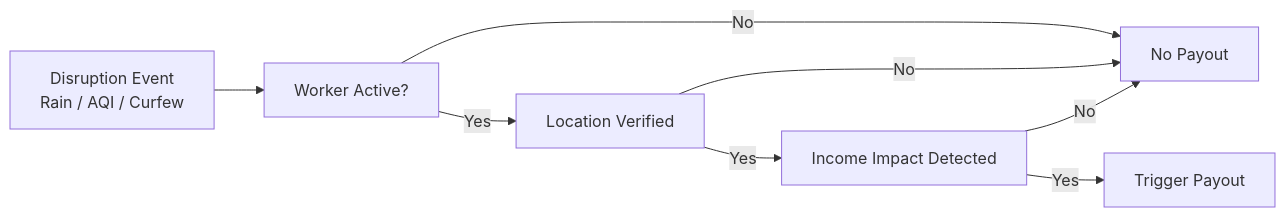
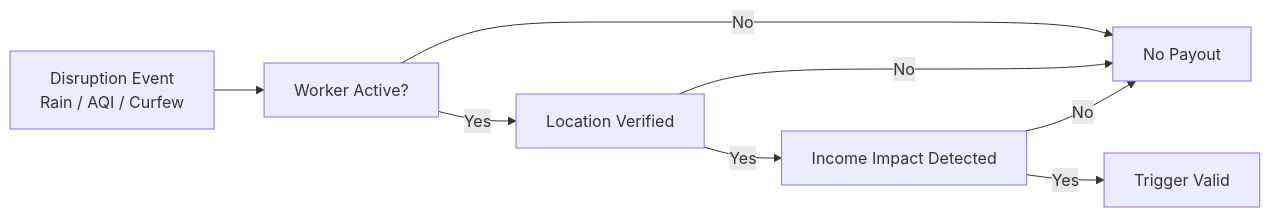
Before and after one commit to Neroschizoid/GuidewireDEVTrails2026-Hackathon: the second of 4 diagrams in README.md, drawn with Mermaid. The commit also changed other lines of this file, not shown here.

````diff
--- a/README.md
+++ b/README.md
@@ -138,12 +138,12 @@
 ```mermaid
 flowchart LR
     A[Disruption Event<br>Rain / AQI / Curfew] --> B[Worker Active?]
     B -->|No| X[No Payout]
     B -->|Yes| C[Location Verified]
 
     C -->|No| X
     C -->|Yes| D[Income Impact Detected]
 
     D -->|No| X
-    D -->|Yes| E[Trigger Payout]
+    D -->|Yes| E[Trigger Valid]
 ```
````
